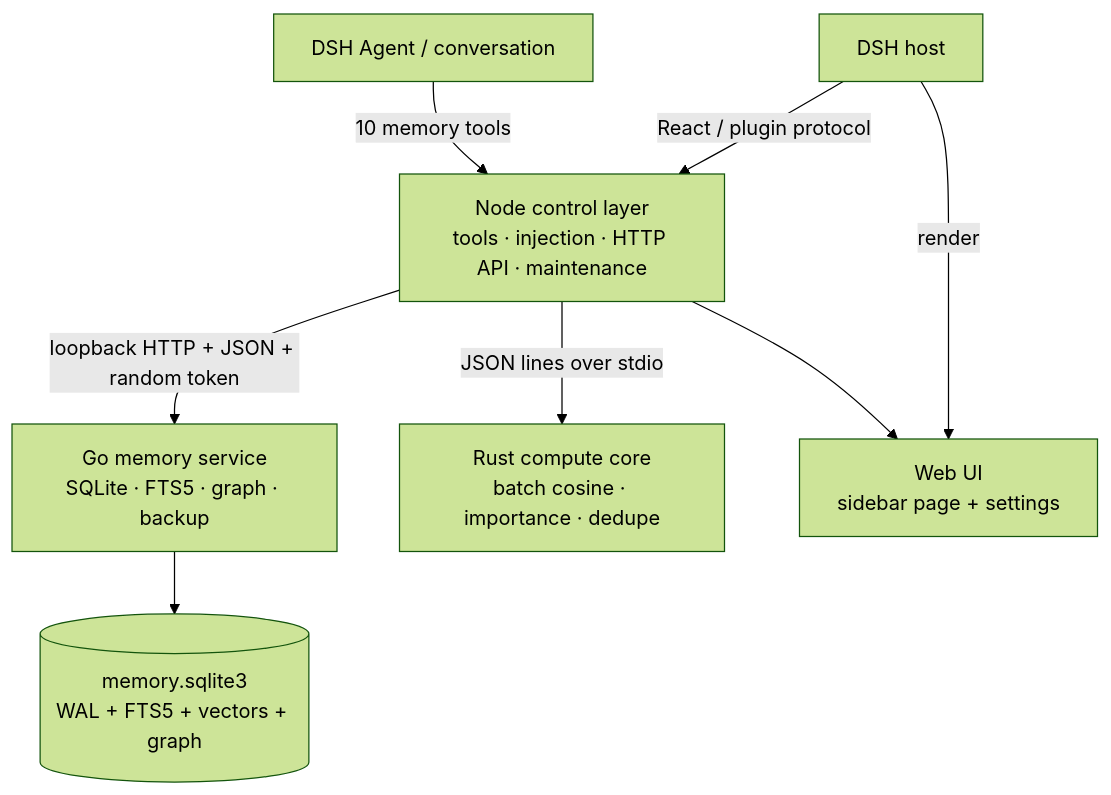
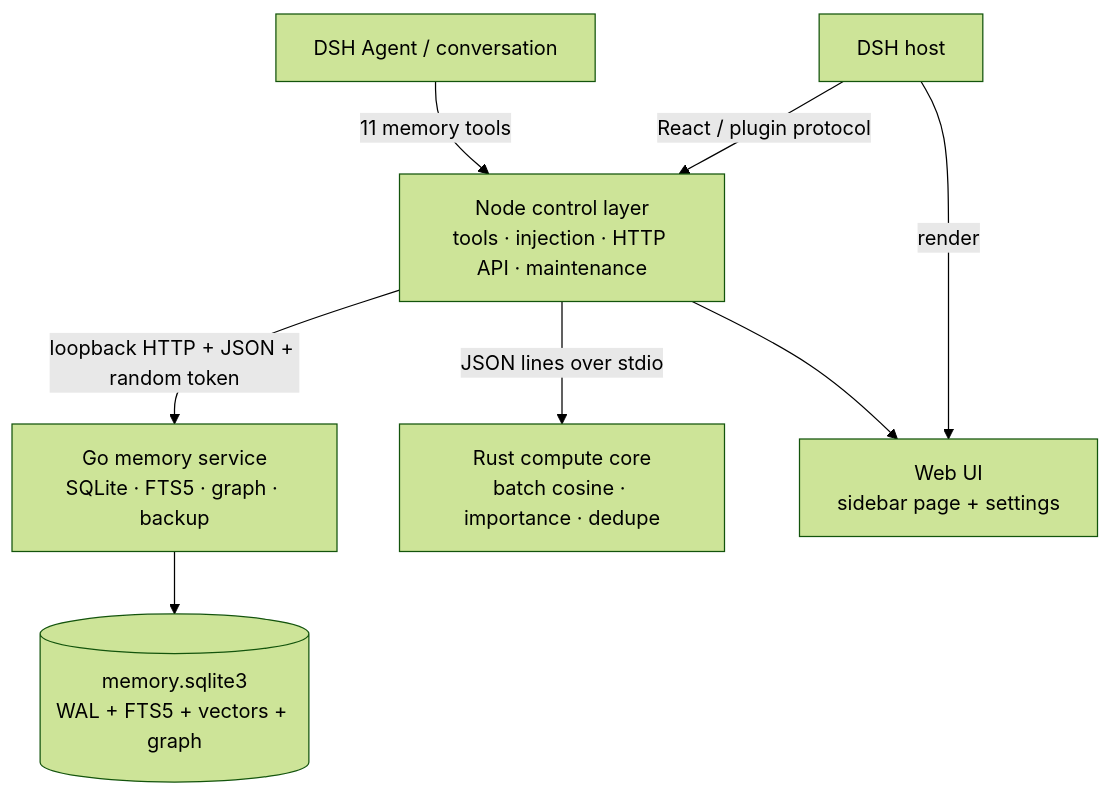
The diagram in README.en.md (theBeautifulIce/dsh-Immunity-memory), drawn with Mermaid (forest theme) before and after one commit. The commit also changed other lines of this file and 15 other files, not shown here.

````diff
--- a/README.en.md
+++ b/README.en.md
@@ -78,10 +79,10 @@
 ```mermaid
 flowchart TB
-  A["DSH Agent / conversation"] -->|"10 memory tools"| B["Node control layer<br/>tools · injection · HTTP API · maintenance"]
+  A["DSH Agent / conversation"] -->|"11 memory tools"| B["Node control layer<br/>tools · injection · HTTP API · maintenance"]
   B -->|"loopback HTTP + JSON + random token"| C["Go memory service<br/>SQLite · FTS5 · graph · backup"]
   B -->|"JSON lines over stdio"| D["Rust compute core<br/>batch cosine · importance · dedupe"]
   C --> E[("memory.sqlite3<br/>WAL + FTS5 + vectors + graph")]
   B --> F["Web UI<br/>sidebar page + settings"]
   G["DSH host"] -->|"React / plugin protocol"| B
   G -->|"render"| F
 ```
````
